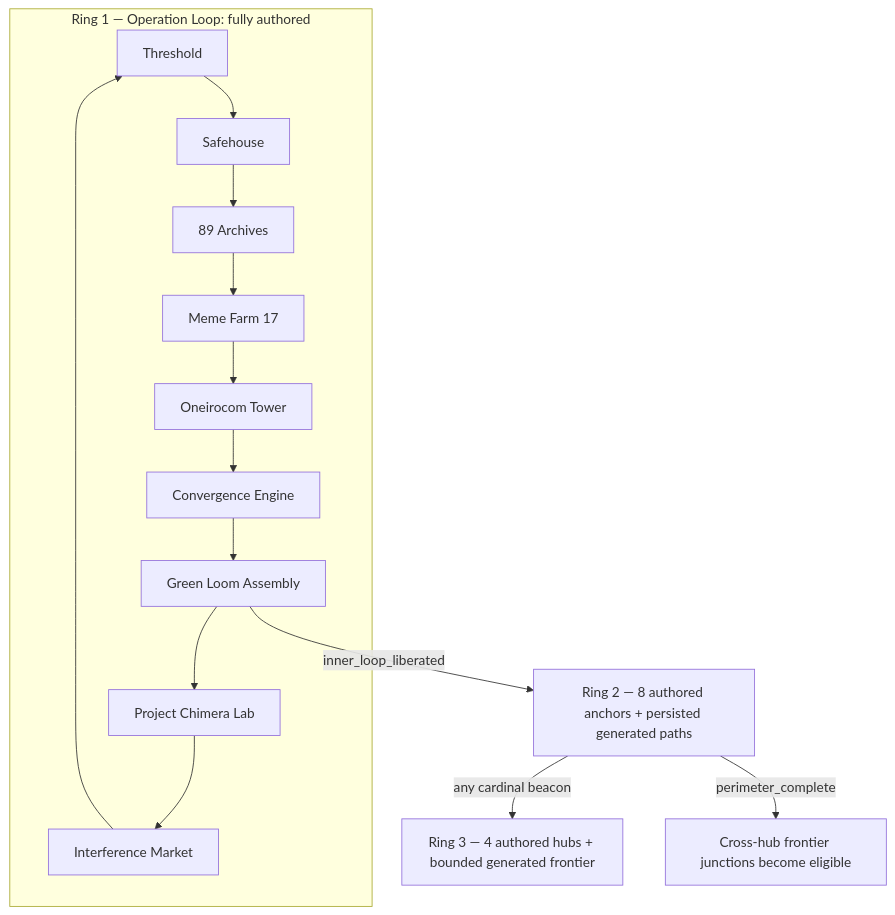
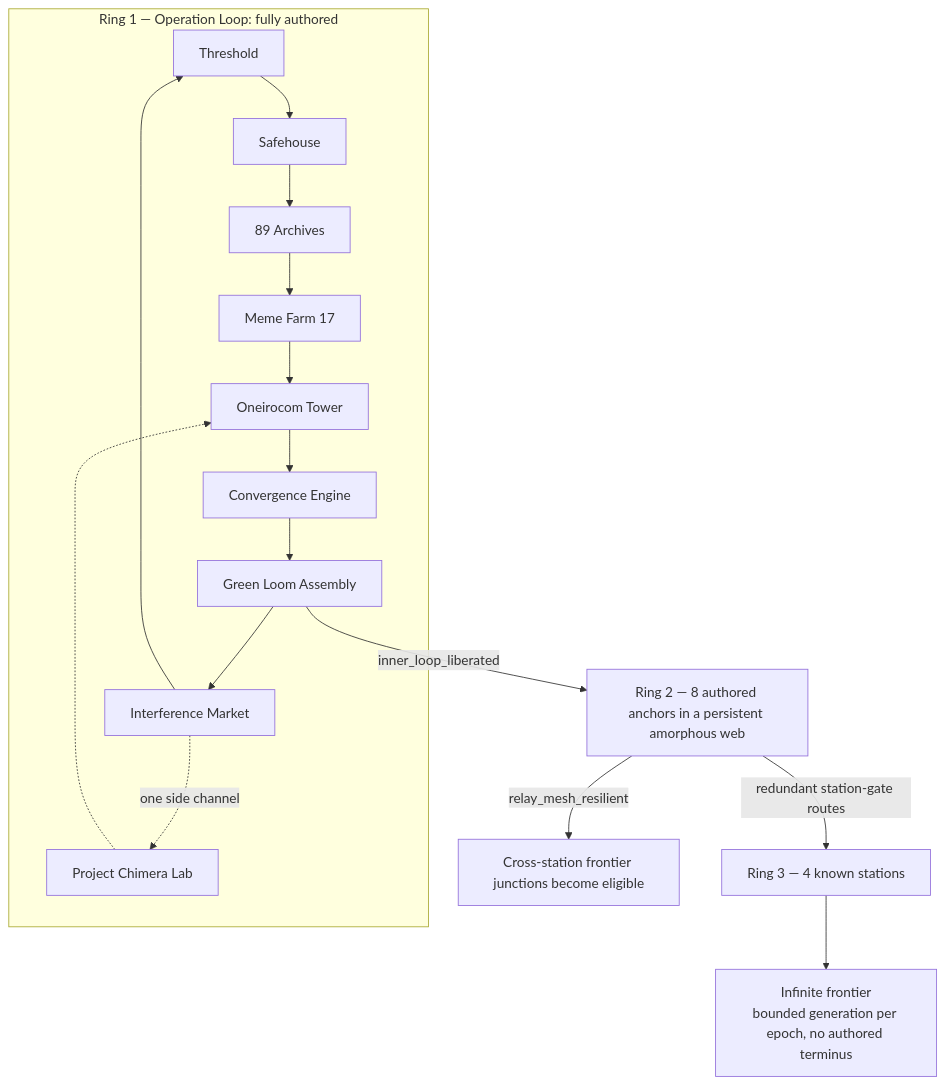
The first of 6 diagrams in docs/worldpacks/project-89-systems-study.md (cenetex/cosyworld), drawn with Mermaid before and after one commit. The commit also changed other lines of this file and 3 other files, not shown here.

Commit message:
Redesign Project 89 outer-ring topology

````diff
--- a/docs/worldpacks/project-89-systems-study.md
+++ b/docs/worldpacks/project-89-systems-study.md
@@ -56,13 +56,13 @@
 ```mermaid
 flowchart TB
   subgraph R1["Ring 1 — Operation Loop: fully authored"]
-    T["Threshold"] --> S["Safehouse"] --> A["89 Archives"]
-    A --> M["Meme Farm 17"] --> O["Oneirocom Tower"]
-    O --> C["Convergence Engine"] --> G["Green Loom Assembly"]
-    G --> H["Project Chimera Lab"] --> I["Interference Market"] --> T
+    T["Threshold"] --> S["Safehouse"] --> A["89 Archives"] --> M["Meme Farm 17"]
+    M --> O["Oneirocom Tower"] --> C["Convergence Engine"]
+    C --> G["Green Loom Assembly"] --> I["Interference Market"] --> T
+    I -. "one side channel" .-> H["Project Chimera Lab"] -.-> O
   end
-
-  G -->|"inner_loop_liberated"| R2["Ring 2 — 8 authored anchors + persisted generated paths"]
-  R2 -->|"any cardinal beacon"| R3["Ring 3 — 4 authored hubs + bounded generated frontier"]
-  R2 -->|"perimeter_complete"| J["Cross-hub frontier junctions become eligible"]
+  G -->|"inner_loop_liberated"| R2["Ring 2 — 8 authored anchors in a persistent amorphous web"]
+  R2 -->|"redundant station-gate routes"| R3["Ring 3 — 4 known stations"]
+  R3 --> F["Infinite frontier<br/>bounded generation per epoch, no authored terminus"]
+  R2 -->|"relay_mesh_resilient"| J["Cross-station frontier junctions become eligible"]
 ```
````
